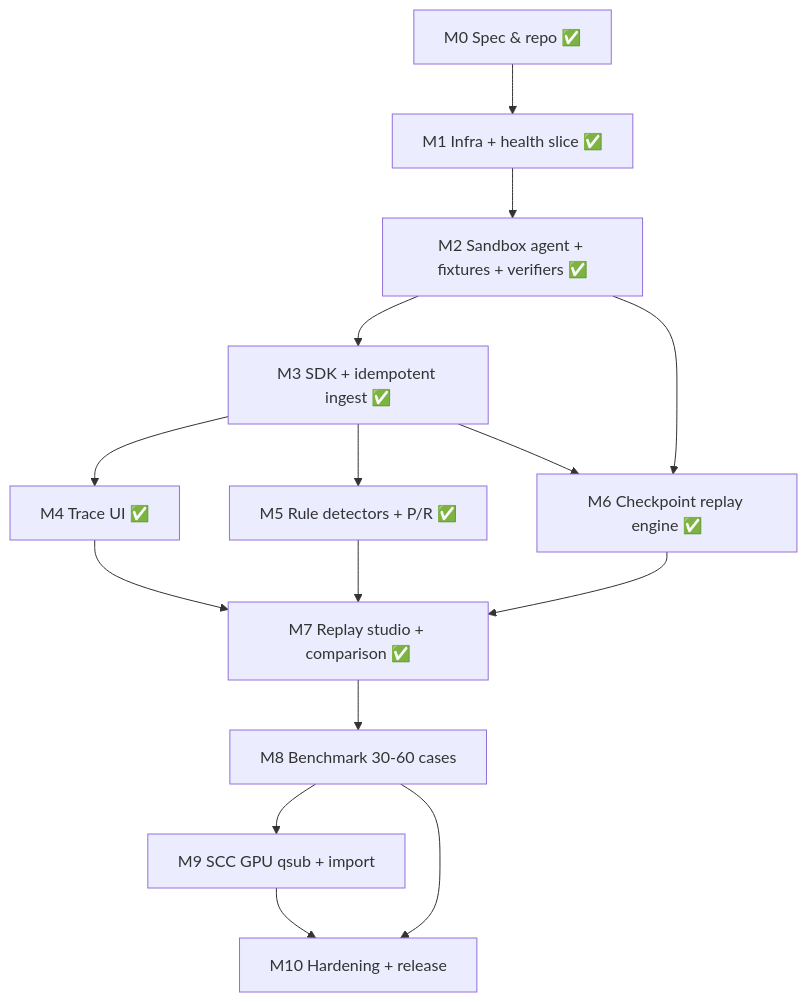
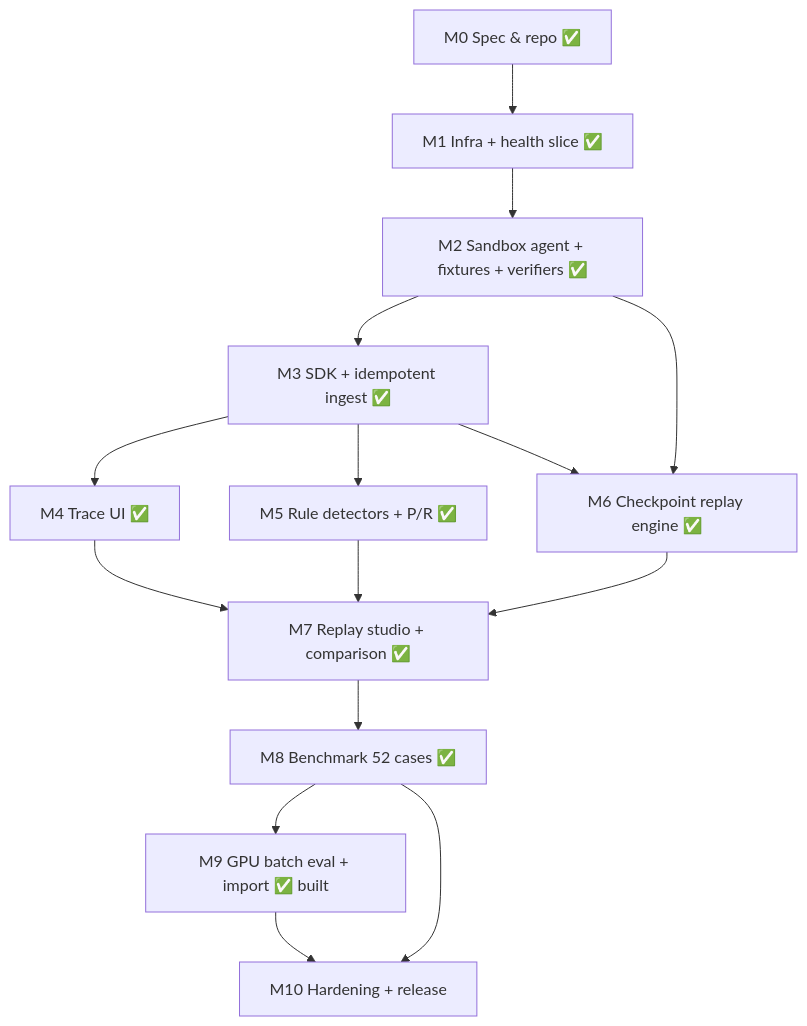
One commit to Kaushik2AI/agent-blackbox changed the third of 3 diagrams in docs/architecture.md. Above: the diagram before and after it, drawn with Mermaid. The commit also changed other lines of this file and 96 other files, not shown here.

Commit message:
FlightPath: benchmark (M8), GPU evaluation (M9)

````diff
--- a/docs/architecture.md
+++ b/docs/architecture.md
@@ -89,17 +89,17 @@
 ```mermaid
 flowchart TD
   M0[M0 Spec & repo ✅] --> M1[M1 Infra + health slice ✅]
   M1 --> M2[M2 Sandbox agent + fixtures + verifiers ✅]
   M2 --> M3[M3 SDK + idempotent ingest ✅]
   M3 --> M4[M4 Trace UI ✅]
   M3 --> M5[M5 Rule detectors + P/R ✅]
   M2 --> M6[M6 Checkpoint replay engine ✅]
   M3 --> M6
   M4 --> M7[M7 Replay studio + comparison ✅]
   M5 --> M7
   M6 --> M7
-  M7 --> M8[M8 Benchmark 30-60 cases]
-  M8 --> M9[M9 SCC GPU qsub + import]
+  M7 --> M8[M8 Benchmark 52 cases ✅]
+  M8 --> M9[M9 GPU batch eval + import ✅ built]
   M8 --> M10[M10 Hardening + release]
   M9 --> M10
 ```
````
